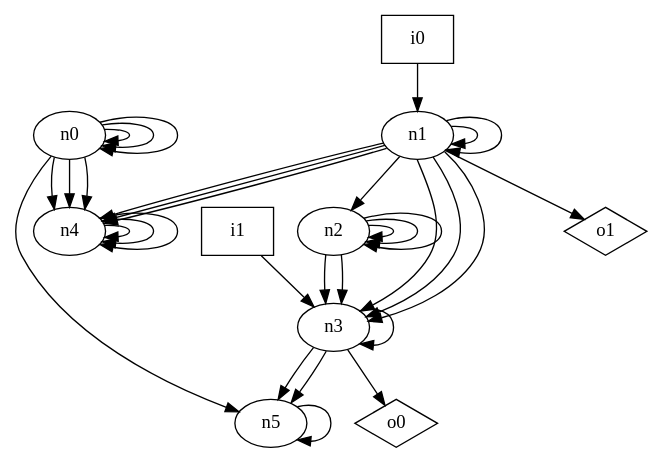
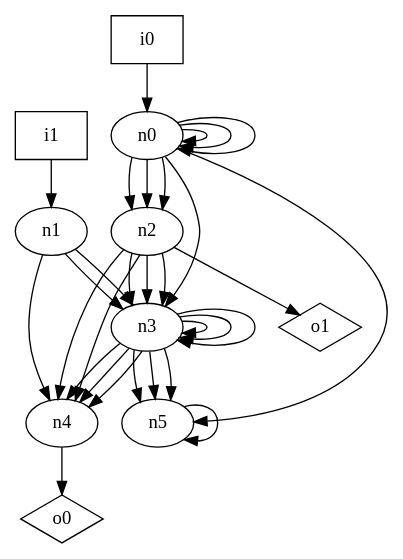
Before and after one commit to p9romain/bool-circuits: the diagram in dot_files/random/random_DAG_graph.dot, drawn with Graphviz. The commit also changed 28 other files, not shown here.

```diff
--- a/dot_files/random/random_DAG_graph.dot
+++ b/dot_files/random/random_DAG_graph.dot
@@ -1,44 +1,42 @@
 digraph G {
 n0 [label="n0"];
 n1 [label="n1"];
 n2 [label="n2"];
 n3 [label="n3"];
 n4 [label="n4"];
 n5 [label="n5"];
 n6 [label="i0",shape="box"];
 n7 [label="i1",shape="box"];
 n8 [label="o0",shape="diamond"];
 n9 [label="o1",shape="diamond"];
 n0 -> n0
 n0 -> n0
 n0 -> n0
-n0 -> n4
-n0 -> n4
-n0 -> n4
+n0 -> n2
+n0 -> n2
+n0 -> n2
+n0 -> n3
 n0 -> n5
-n1 -> n1
-n1 -> n1
-n1 -> n2
-n1 -> n3
 n1 -> n3
 n1 -> n3
 n1 -> n4
-n1 -> n4
-n1 -> n4
-n1 -> n9
-n2 -> n2
-n2 -> n2
-n2 -> n2
 n2 -> n3
 n2 -> n3
+n2 -> n3
+n2 -> n4
+n2 -> n4
+n2 -> n9
 n3 -> n3
+n3 -> n3
+n3 -> n3
+n3 -> n4
+n3 -> n4
+n3 -> n4
 n3 -> n5
 n3 -> n5
-n3 -> n8
-n4 -> n4
-n4 -> n4
-n4 -> n4
+n3 -> n5
+n4 -> n8
 n5 -> n5
-n6 -> n1
-n7 -> n3
+n6 -> n0
+n7 -> n1
 }
```
